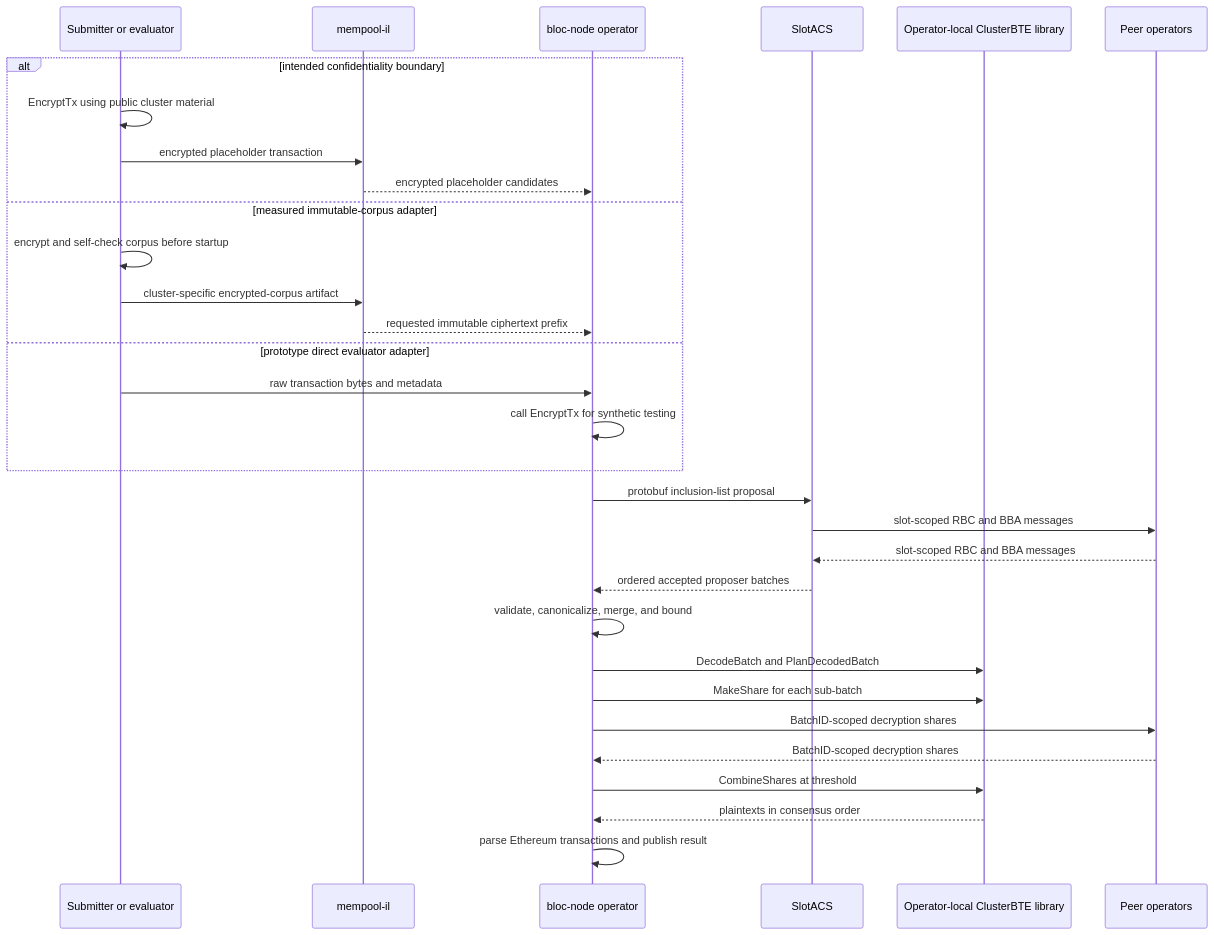
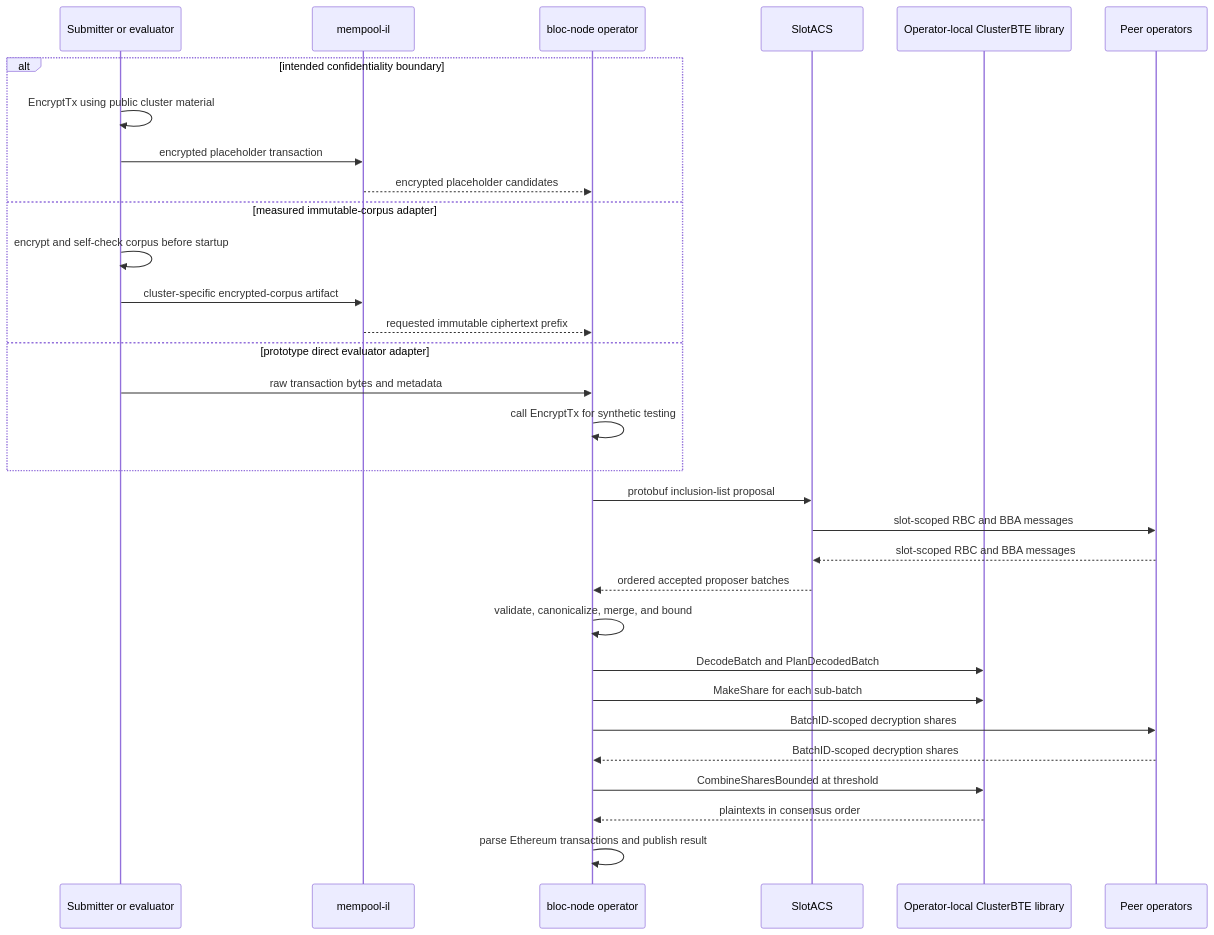
The second of 2 diagrams in docs/ARCHITECTURE.md (VascoMS/bloc), drawn with Mermaid before and after one commit. The commit also changed other lines of this file and 9 other files, not shown here.

````diff
--- a/docs/ARCHITECTURE.md
+++ b/docs/ARCHITECTURE.md
@@ -90,34 +90,34 @@
 ```mermaid
 sequenceDiagram
     participant S as Submitter or evaluator
     participant M as mempool-il
     participant N as bloc-node operator
     participant A as SlotACS
     participant B as Operator-local ClusterBTE library
     participant P as Peer operators
 
     alt intended confidentiality boundary
         S->>S: EncryptTx using public cluster material
         S->>M: encrypted placeholder transaction
         M-->>N: encrypted placeholder candidates
     else measured immutable-corpus adapter
         S->>S: encrypt and self-check corpus before startup
         S->>M: cluster-specific encrypted-corpus artifact
         M-->>N: requested immutable ciphertext prefix
     else prototype direct evaluator adapter
         S->>N: raw transaction bytes and metadata
         N->>N: call EncryptTx for synthetic testing
     end
     N->>A: protobuf inclusion-list proposal
     A->>P: slot-scoped RBC and BBA messages
     P-->>A: slot-scoped RBC and BBA messages
     A-->>N: ordered accepted proposer batches
     N->>N: validate, canonicalize, merge, and bound
     N->>B: DecodeBatch and PlanDecodedBatch
     N->>B: MakeShare for each sub-batch
     N->>P: BatchID-scoped decryption shares
     P-->>N: BatchID-scoped decryption shares
-    N->>B: CombineShares at threshold
+    N->>B: CombineSharesBounded at threshold
     B-->>N: plaintexts in consensus order
     N->>N: parse Ethereum transactions and publish result
 ```
````
